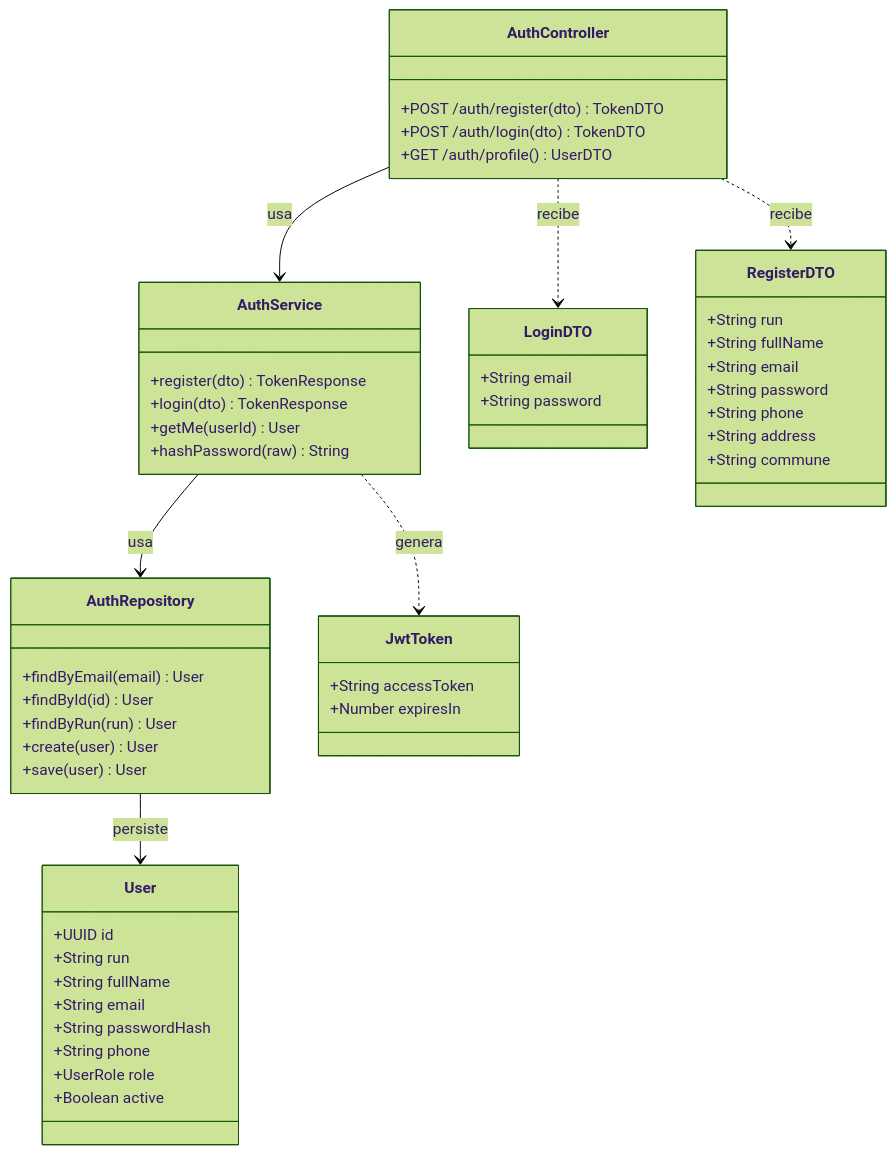
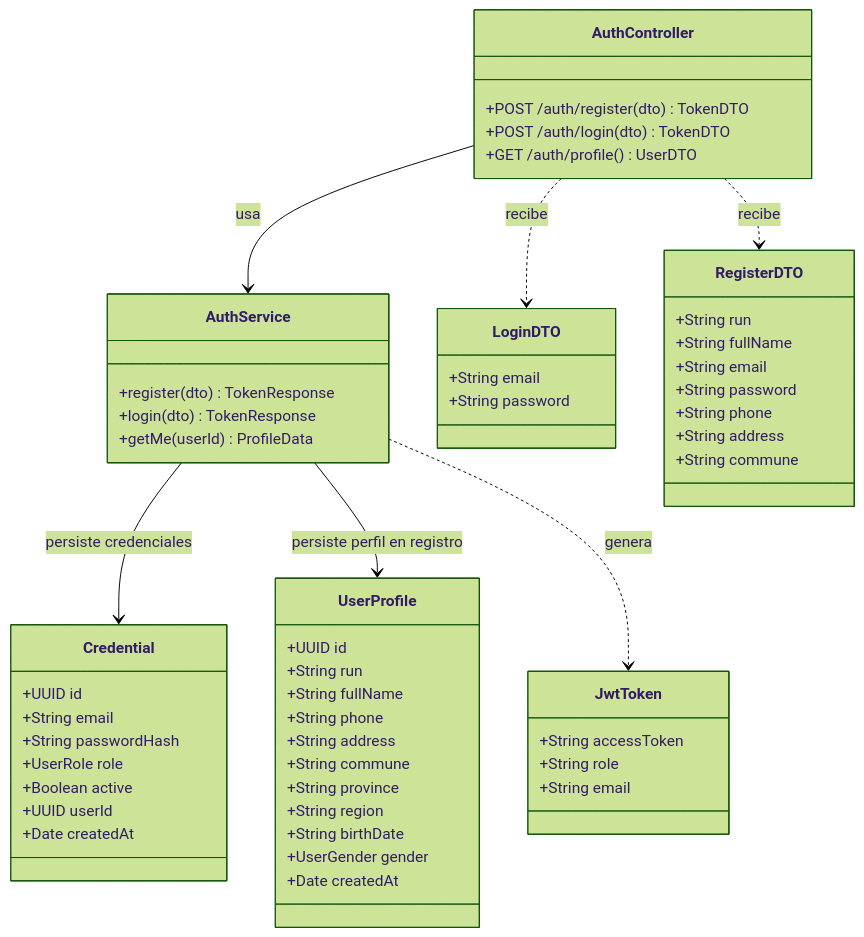
The fourth of 12 diagrams in BackEnd-Arquitectura.md (holyusm/INF-301-WWW), drawn with Mermaid (forest theme) before and after one commit. The commit also changed other lines of this file and 8 other files, not shown here.

````diff
--- a/BackEnd-Arquitectura.md
+++ b/BackEnd-Arquitectura.md
@@ -312,61 +782,66 @@
 ```mermaid
 classDiagram
     class AuthController {
         +POST /auth/register(dto) TokenDTO
         +POST /auth/login(dto) TokenDTO
         +GET /auth/profile() UserDTO
     }
 
     class AuthService {
         +register(dto) TokenResponse
         +login(dto) TokenResponse
-        +getMe(userId) User
-        +hashPassword(raw) String
+        +getMe(userId) ProfileData
     }
 
-    class AuthRepository {
-        +findByEmail(email) User
-        +findById(id) User
-        +findByRun(run) User
-        +create(user) User
-        +save(user) User
+    class Credential {
+        +UUID id
+        +String email
+        +String passwordHash
+        +UserRole role
+        +Boolean active
+        +UUID userId
+        +Date createdAt
     }
 
-    class User {
+    class UserProfile {
         +UUID id
         +String run
         +String fullName
-        +String email
-        +String passwordHash
         +String phone
-        +UserRole role
-        +Boolean active
+        +String address
+        +String commune
+        +String province
+        +String region
+        +String birthDate
+        +UserGender gender
+        +Date createdAt
     }
 
     class LoginDTO {
         +String email
         +String password
     }
 
     class RegisterDTO {
         +String run
         +String fullName
         +String email
         +String password
         +String phone
         +String address
         +String commune
     }
 
     class JwtToken {
         +String accessToken
-        +Number expiresIn
+        +String role
+        +String email
     }
 
     AuthController --> AuthService : usa
-    AuthService --> AuthRepository : usa
-    AuthRepository --> User : persiste
+    AuthService --> Credential : persiste credenciales
+    AuthService --> UserProfile : persiste perfil en registro
     AuthService ..> JwtToken : genera
     AuthController ..> LoginDTO : recibe
     AuthController ..> RegisterDTO : recibe
 ```
````
